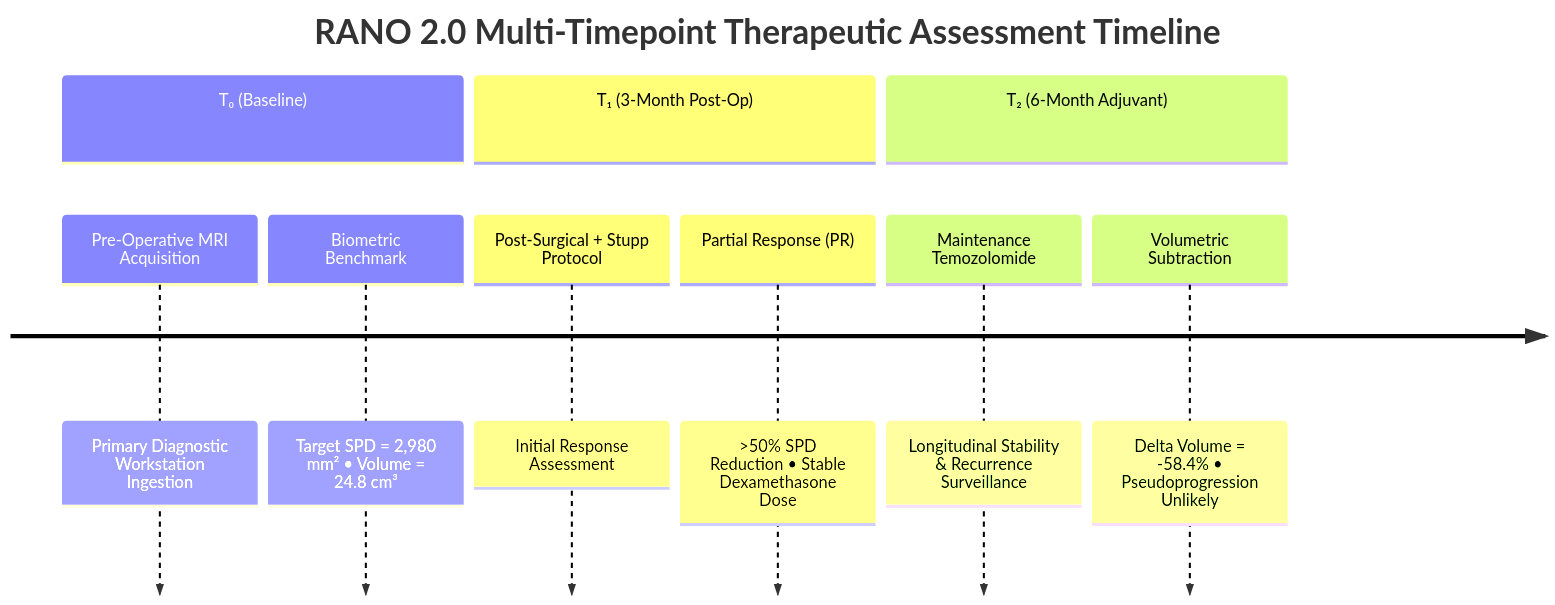
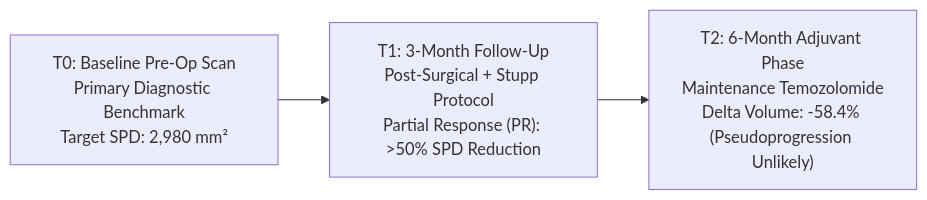
The fifth of 5 diagrams in README.md (kailash6207/Brain_Tumor), drawn with Mermaid before and after one commit. The commit also changed other lines of this file, not shown here.

Commit message:
docs: clean Mermaid diagram syntax for 100% markdown renderer compatibility

````diff
--- a/README.md
+++ b/README.md
@@ -176,13 +155,5 @@
 ```mermaid
-timeline
-    title RANO 2.0 Multi-Timepoint Therapeutic Assessment Timeline
-    section T₀ (Baseline)
-        Pre-Operative MRI Acquisition : Primary Diagnostic Workstation Ingestion
-        Biometric Benchmark : Target SPD = 2,980 mm² • Volume = 24.8 cm³
-    section T₁ (3-Month Post-Op)
-        Post-Surgical + Stupp Protocol : Initial Response Assessment
-        Partial Response (PR) : >50% SPD Reduction • Stable Dexamethasone Dose
-    section T₂ (6-Month Adjuvant)
-        Maintenance Temozolomide : Longitudinal Stability & Recurrence Surveillance
-        Volumetric Subtraction : Delta Volume = -58.4% • Pseudoprogression Unlikely
+flowchart LR
+    T0["T0: Baseline Pre-Op Scan<br/>Primary Diagnostic Benchmark<br/>Target SPD: 2,980 mm²"] --> T1["T1: 3-Month Follow-Up<br/>Post-Surgical + Stupp Protocol<br/>Partial Response (PR): >50% SPD Reduction"]
+    T1 --> T2["T2: 6-Month Adjuvant Phase<br/>Maintenance Temozolomide<br/>Delta Volume: -58.4% (Pseudoprogression Unlikely)"]
 ```
````
